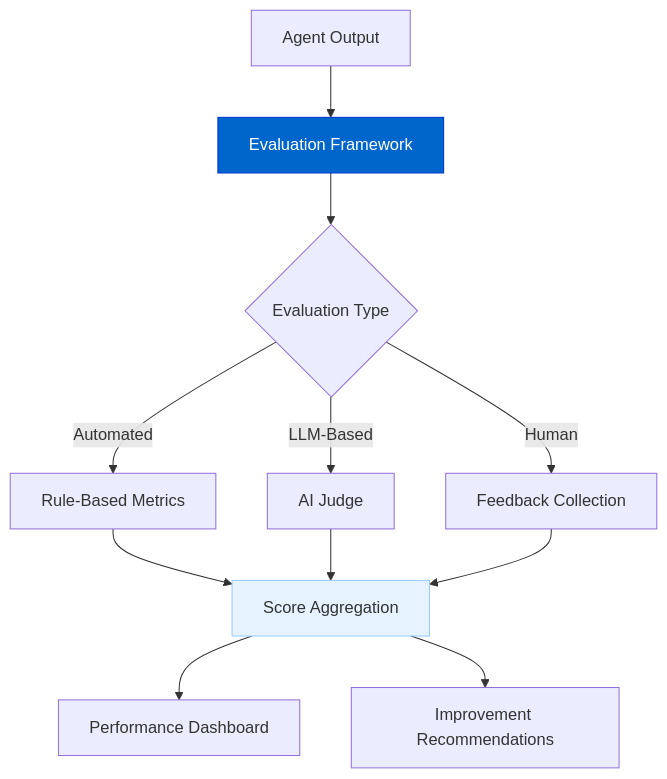
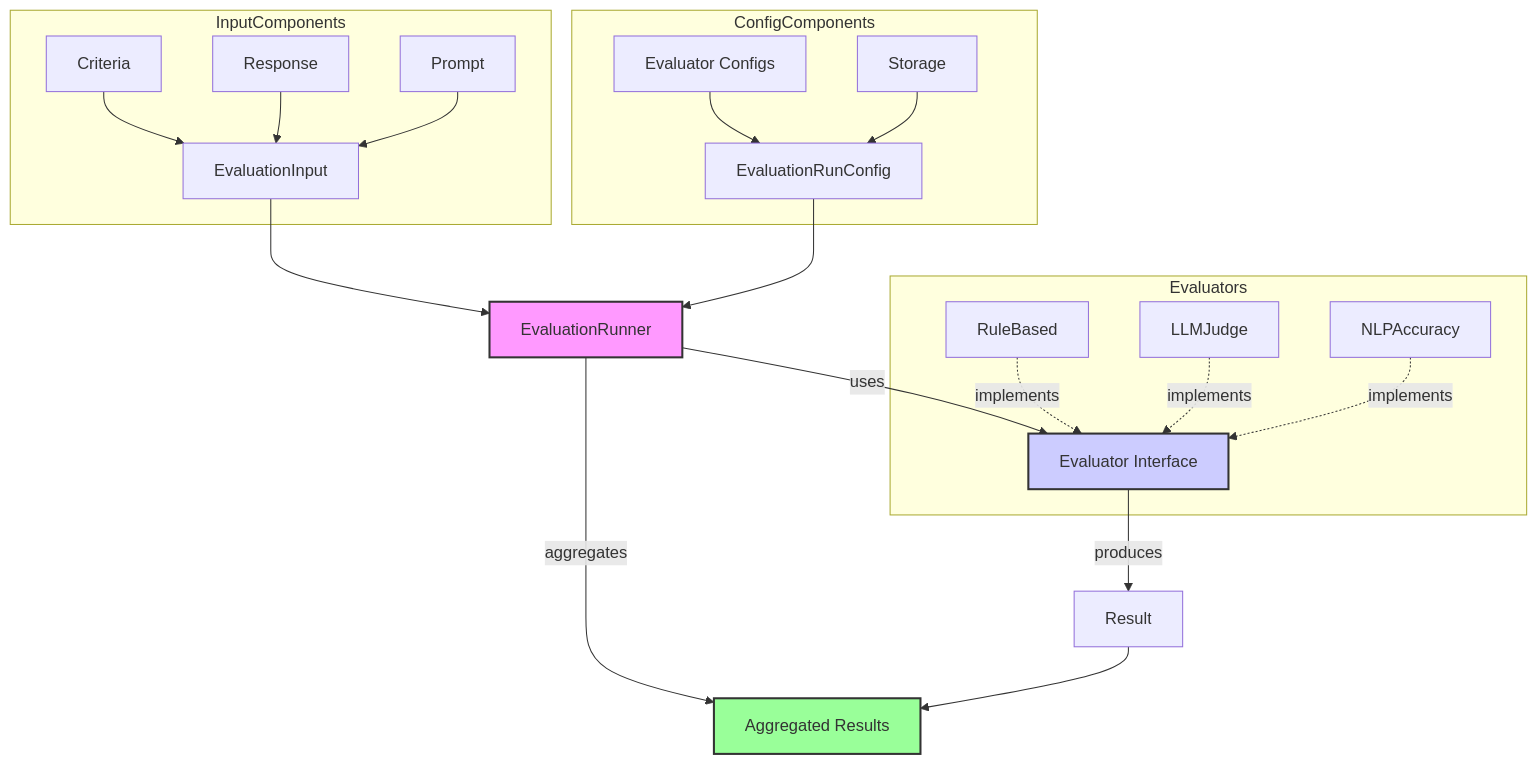
One commit to zashraf1985/f3-hackathon-team3-salesforce changed the first of 2 diagrams in docs/roadmap/evaluation-framework.md. Above: the diagram before and after it, drawn with Mermaid. The commit also changed other lines of this file and 58 other files, not shown here.

First line of the commit message:
feat(evaluation): Implement Phase 1 Evaluators and Runner (#156)

````diff
--- a/docs/roadmap/evaluation-framework.md
+++ b/docs/roadmap/evaluation-framework.md
@@ -23,19 +23,31 @@
 ```mermaid
 graph TD
-    A[Agent Output] --> B[Evaluation Framework]
-    B --> C{Evaluation Type}
+    A[EvaluationInput] --> ER[EvaluationRunner]
+    ARC[EvaluationRunConfig] --> ER
+
+    subgraph InputComponents
+        A_crit[Criteria] --> A
+        A_resp[Response] --> A
+        A_prom[Prompt] --> A
+    end
+
+    subgraph ConfigComponents
+        ARC_conf[Evaluator Configs] --> ARC
+        ARC_store[Storage] --> ARC
+    end
+
+    ER -- uses --> E[Evaluator Interface]
+    E -- produces --> RES[Result]
+    ER -- aggregates --> AGG[Aggregated Results]
+    RES --> AGG
     
-    C -->|Automated| D[Rule-Based Metrics]
-    C -->|LLM-Based| E[AI Judge]
-    C -->|Human| F[Feedback Collection]
-    
-    D --> G[Score Aggregation]
-    E --> G
-    F --> G
-    
-    G --> H[Performance Dashboard]
-    G --> I[Improvement Recommendations]
-    
-    style B fill:#0066cc,color:#ffffff,stroke:#0033cc
-    style G fill:#e6f2ff,stroke:#99ccff
+    subgraph Evaluators
+     RB[RuleBased] -. implements .-> E
+     LLM[LLMJudge] -. implements .-> E
+     NLP[NLPAccuracy] -. implements .-> E
+    end
+
+    style ER fill:#f9f,stroke:#333,stroke-width:2px
+    style E fill:#ccf,stroke:#333,stroke-width:2px
+    style AGG fill:#9f9,stroke:#333,stroke-width:2px
 ```
````
